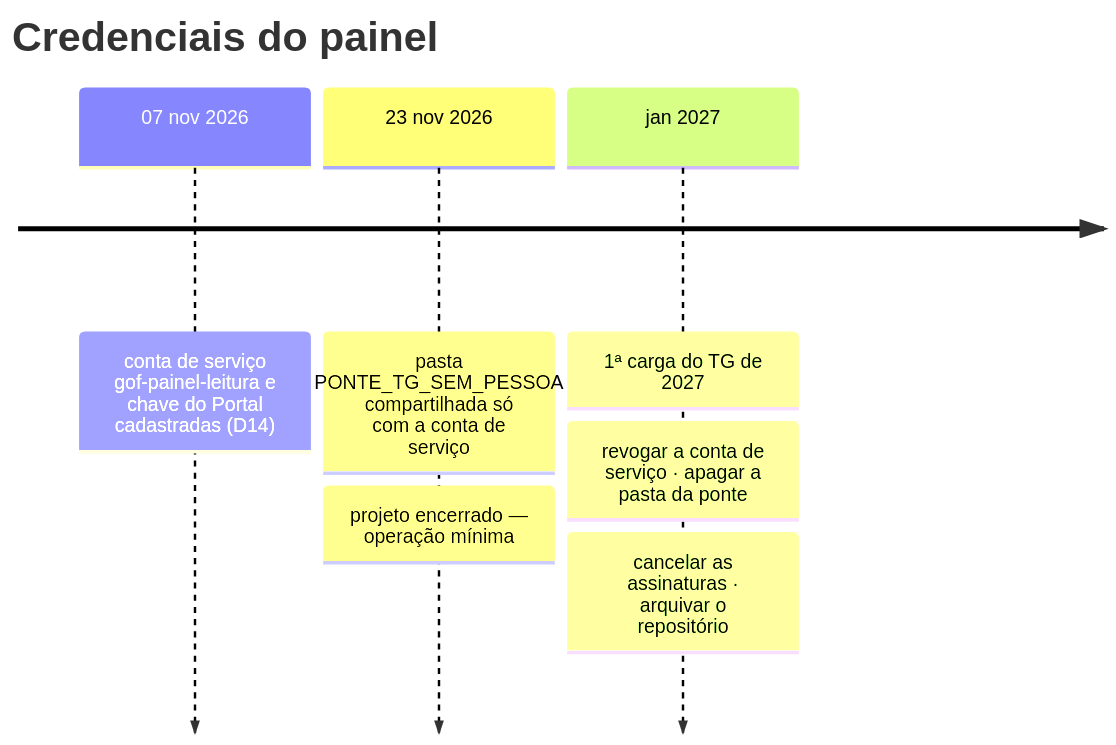
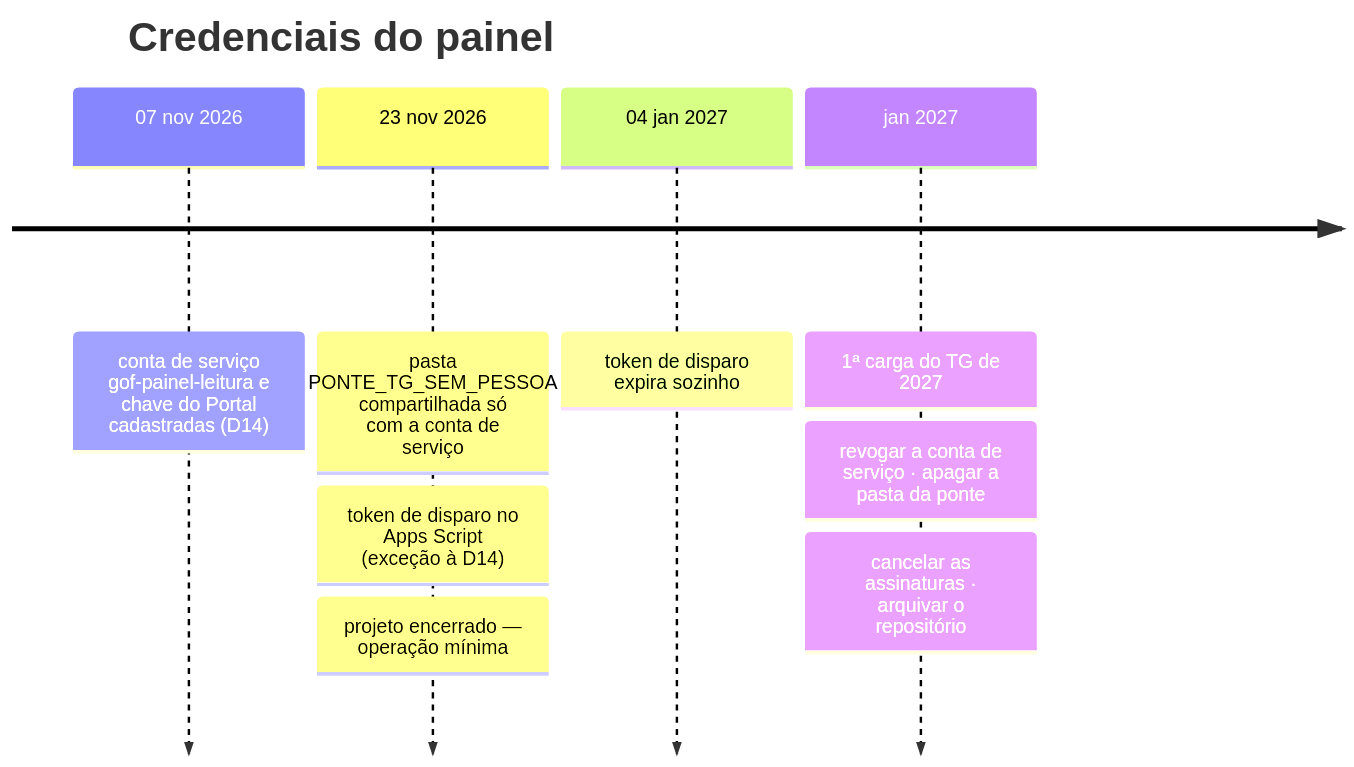
The third of 3 diagrams in SECURITY.md (marcelosaldanha-1978/painel-gof-baaplog), drawn with Mermaid before and after one commit. The commit also changed other lines of this file and 2 other files, not shown here.

Commit message:
docs: montagem acionada pela ponte por evento (~06h) e excecao a D14 (token de disparo no Apps Script, ate 04/01/2027)

````diff
--- a/SECURITY.md
+++ b/SECURITY.md
@@ -96,10 +108,12 @@
 ```mermaid
 timeline
     title Credenciais do painel
     07 nov 2026 : conta de serviço gof-painel-leitura e chave do Portal cadastradas (D14)
     23 nov 2026 : pasta PONTE_TG_SEM_PESSOA compartilhada só com a conta de serviço
+                : token de disparo no Apps Script (exceção à D14)
                 : projeto encerrado — operação mínima
+    04 jan 2027 : token de disparo expira sozinho
     jan 2027    : 1ª carga do TG de 2027
                 : revogar a conta de serviço · apagar a pasta da ponte
                 : cancelar as assinaturas · arquivar o repositório
 ```
````
